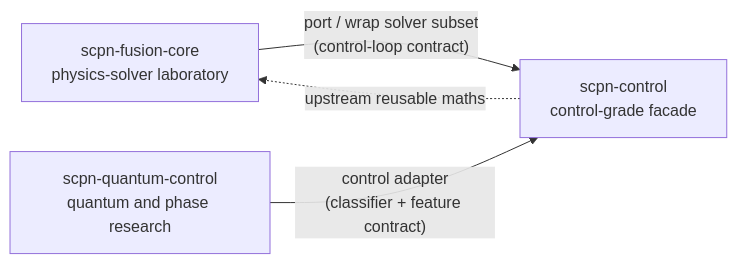
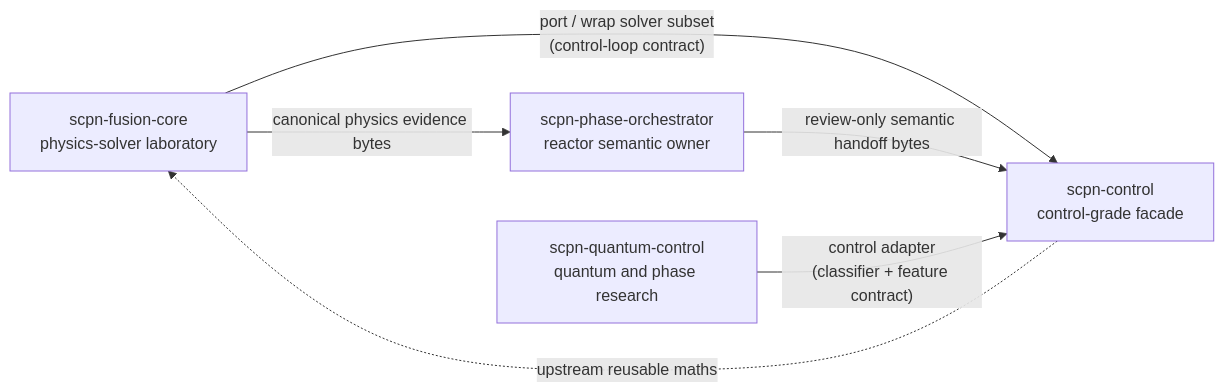
One commit to anulum/scpn-control changed the first of 5 diagrams in docs/architecture.md. Above: the diagram before and after it, drawn with Mermaid. The commit also changed other lines of this file and 18 other files, not shown here.

First line of the commit message:
feat: admit reactor semantics for review

````diff
--- a/docs/architecture.md
+++ b/docs/architecture.md
@@ -70,9 +98,12 @@
 ```mermaid
 graph LR
     FC["scpn-fusion-core<br/>physics-solver laboratory"]
+    SPO["scpn-phase-orchestrator<br/>reactor semantic owner"]
     QC["scpn-quantum-control<br/>quantum and phase research"]
     CC["scpn-control<br/>control-grade facade"]
     FC -- "port / wrap solver subset<br/>(control-loop contract)" --> CC
+    FC -- "canonical physics evidence bytes" --> SPO
+    SPO -- "review-only semantic handoff bytes" --> CC
     QC -- "control adapter<br/>(classifier + feature contract)" --> CC
     CC -. "upstream reusable maths" .-> FC
 ```
````
